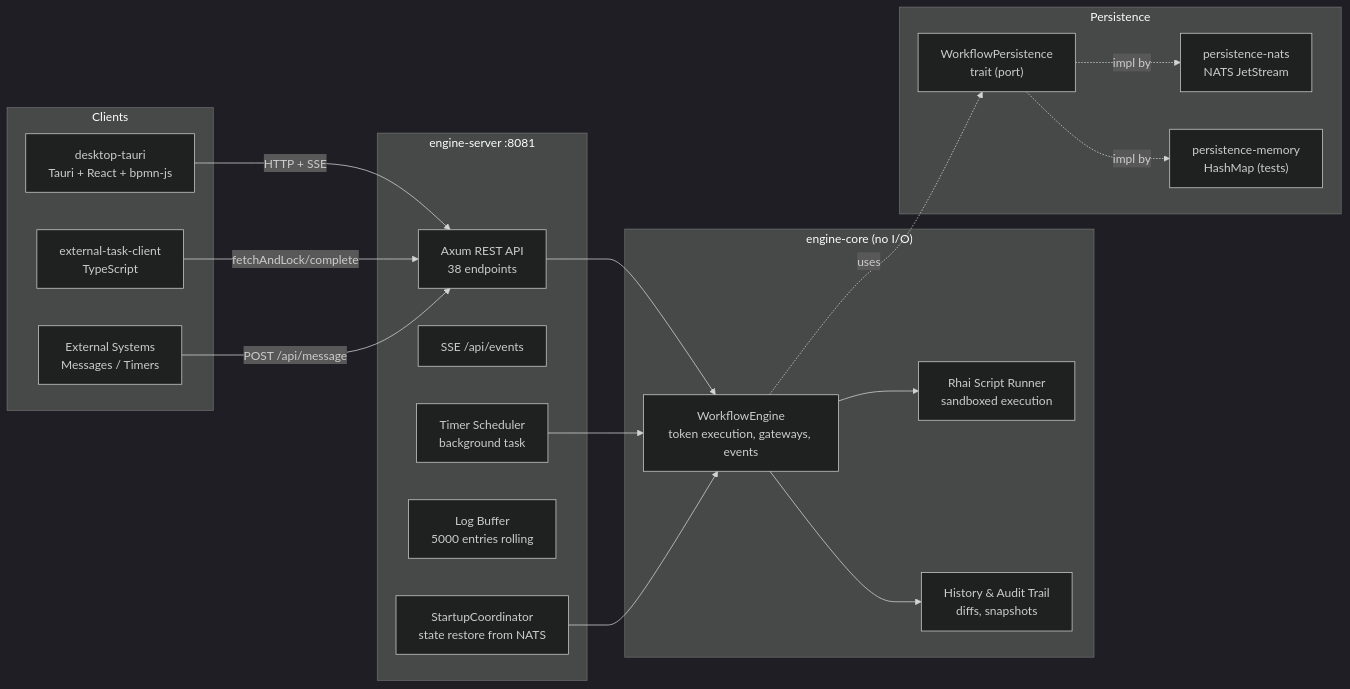
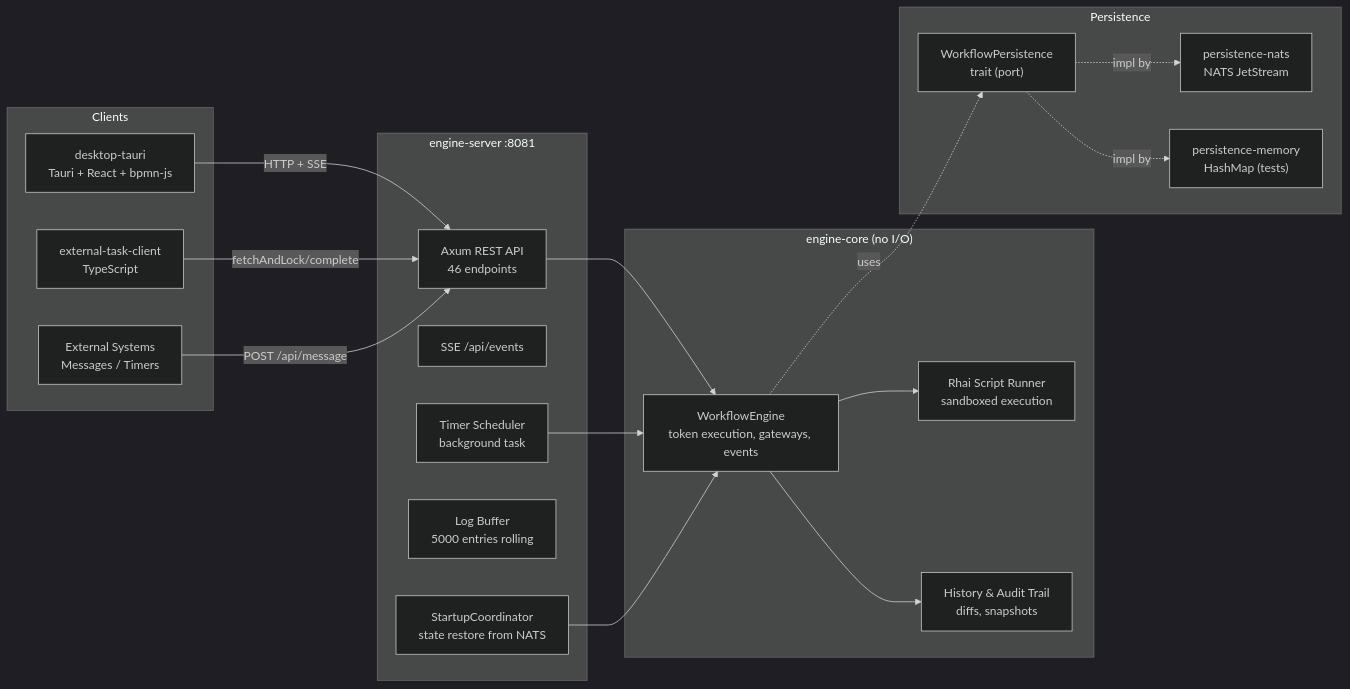
One commit to maatini/bpmninja changed the diagram in docs/knowledge-base/overview.md. Above: the diagram before and after it, drawn with Mermaid (dark theme). The commit also changed other lines of this file and 22 other files, not shown here.

````diff
--- a/docs/knowledge-base/overview.md
+++ b/docs/knowledge-base/overview.md
@@ -46,40 +46,40 @@
 ```mermaid
 flowchart LR
     subgraph Clients
         Desktop["desktop-tauri<br>Tauri + React + bpmn-js"]
         Worker["external-task-client<br>TypeScript"]
         External["External Systems<br>Messages / Timers"]
     end
 
     subgraph Server["engine-server :8081"]
-        REST["Axum REST API<br>38 endpoints"]
+        REST["Axum REST API<br>46 endpoints"]
         SSE["SSE /api/events"]
         Timer["Timer Scheduler<br>background task"]
         LogBuf["Log Buffer<br>5000 entries rolling"]
         Startup["StartupCoordinator<br>state restore from NATS"]
     end
 
     subgraph Core["engine-core (no I/O)"]
         Engine["WorkflowEngine<br>token execution, gateways, events"]
         Script["Rhai Script Runner<br>sandboxed execution"]
         History["History & Audit Trail<br>diffs, snapshots"]
     end
 
     subgraph Persistence
         Trait["WorkflowPersistence<br>trait (port)"]
         NATS["persistence-nats<br>NATS JetStream"]
         Mem["persistence-memory<br>HashMap (tests)"]
     end
 
     Desktop -- HTTP + SSE --> REST
     Worker -- fetchAndLock/complete --> REST
     External -- POST /api/message --> REST
     REST --> Engine
     Engine -. uses .-> Trait
     Trait -. impl by .-> NATS
     Trait -. impl by .-> Mem
     Engine --> Script
     Engine --> History
     Timer --> Engine
     Startup --> Engine
 ```
````
